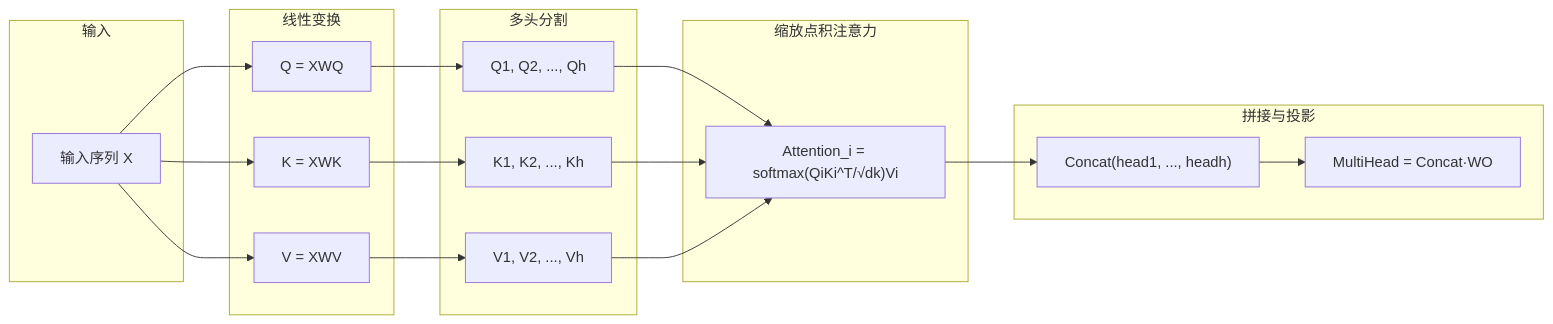
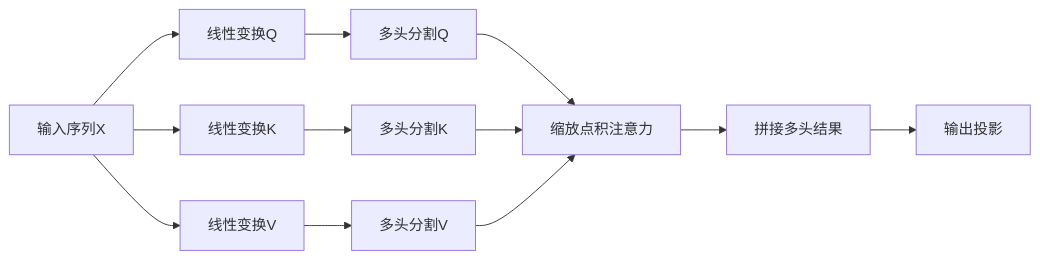
Before and after one commit to lizhenping/multi-head-self-attention: the second of 7 diagrams in docs/architecture.md, drawn with Mermaid. The commit also changed other lines of this file, not shown here.

````diff
--- a/docs/architecture.md
+++ b/docs/architecture.md
@@ -67,39 +67,17 @@
 ```mermaid
 flowchart LR
-    subgraph input_section ["输入"]
-        A["输入序列 X"]
-    end
+    A[输入序列X] --> B[线性变换Q]
+    A --> C[线性变换K]
+    A --> D[线性变换V]
     
-    subgraph linear_transform ["线性变换"]
-        B["Q = XWQ"]
-        C["K = XWK"]
-        D["V = XWV"]
-    end
+    B --> E[多头分割Q]
+    C --> F[多头分割K]
+    D --> G[多头分割V]
     
-    subgraph multi_head ["多头分割"]
-        E["Q1, Q2, ..., Qh"]
-        F["K1, K2, ..., Kh"]
-        G["V1, V2, ..., Vh"]
-    end
-    
-    subgraph attention ["缩放点积注意力"]
-        H["Attention_i = softmax(QiKi^T/√dk)Vi"]
-    end
-    
-    subgraph concat ["拼接与投影"]
-        I["Concat(head1, ..., headh)"]
-        J["MultiHead = Concat·WO"]
-    end
-    
-    A --> B
-    A --> C
-    A --> D
-    B --> E
-    C --> F
-    D --> G
-    E --> H
+    E --> H[缩放点积注意力]
     F --> H
     G --> H
-    H --> I
-    I --> J
+    
+    H --> I[拼接多头结果]
+    I --> J[输出投影]
 ```
````
